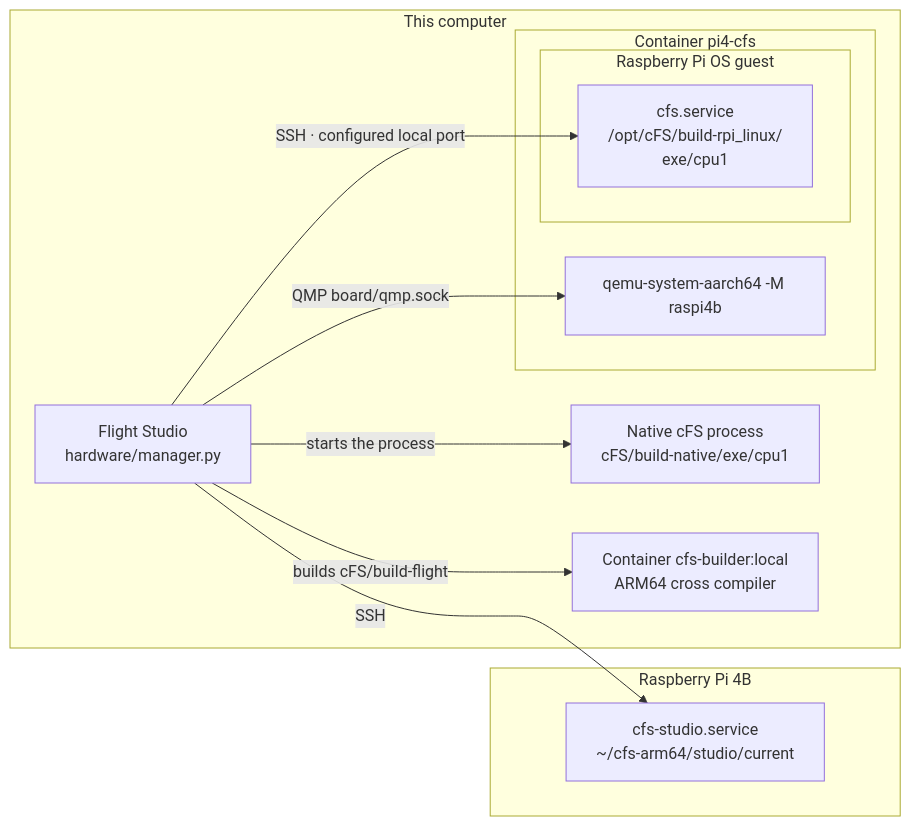
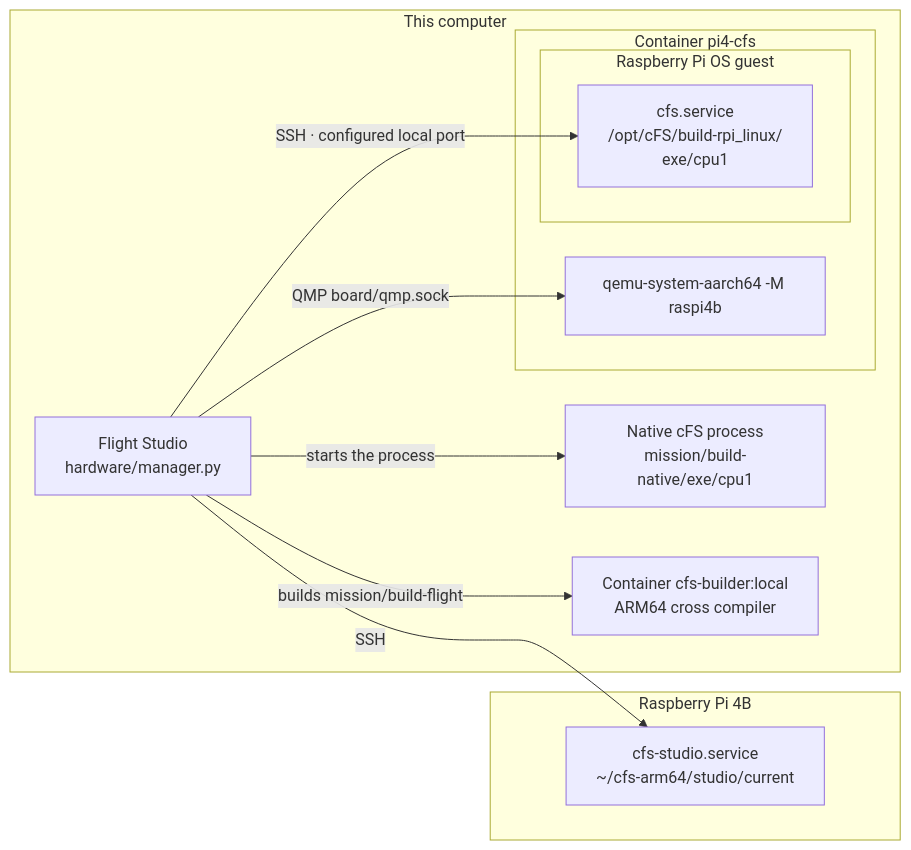
One commit to Raiagues/cfs_emulator changed the diagram in hardware/README.md. Above: the diagram before and after it, drawn with Mermaid. The commit also changed other lines of this file and 103 other files, not shown here.

````diff
--- a/hardware/README.md
+++ b/hardware/README.md
@@ -11,22 +11,22 @@
 ```mermaid
 flowchart LR
     subgraph computer["This computer"]
         manager["Flight Studio<br/>hardware/manager.py"]
-        native["Native cFS process<br/>cFS/build-native/exe/cpu1"]
+        native["Native cFS process<br/>mission/build-native/exe/cpu1"]
         builder["Container cfs-builder:local<br/>ARM64 cross compiler"]
         subgraph emulator["Container pi4-cfs"]
             qemu["qemu-system-aarch64 -M raspi4b"]
             subgraph guest["Raspberry Pi OS guest"]
                 guestcfs["cfs.service<br/>/opt/cFS/build-rpi_linux/<br/>exe/cpu1"]
             end
         end
     end
     subgraph pi["Raspberry Pi 4B"]
         boardcfs["cfs-studio.service<br/>~/cfs-arm64/studio/current"]
     end
     manager -->|"starts the process"| native
-    manager -->|"builds cFS/build-flight"| builder
+    manager -->|"builds mission/build-flight"| builder
     manager -->|"QMP board/qmp.sock"| qemu
     manager -->|"SSH · configured local port"| guestcfs
     manager -->|"SSH"| boardcfs
 ```
````
